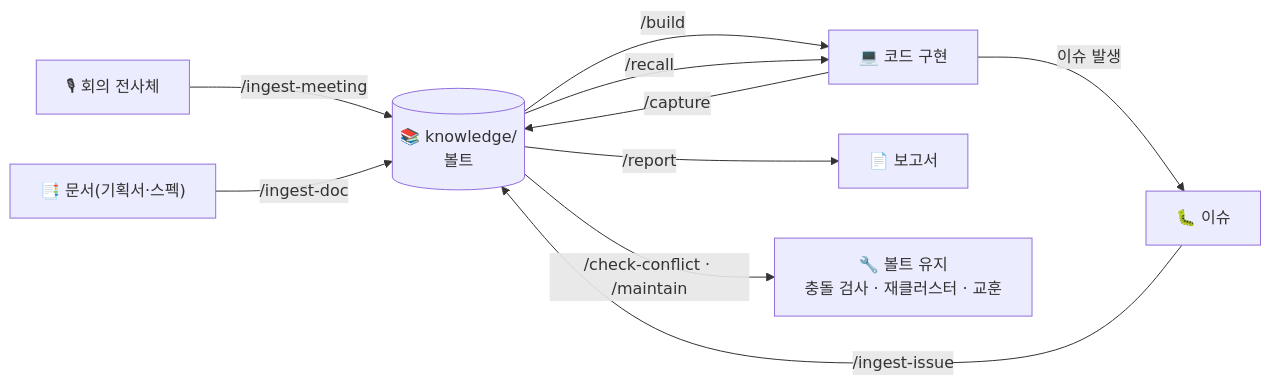
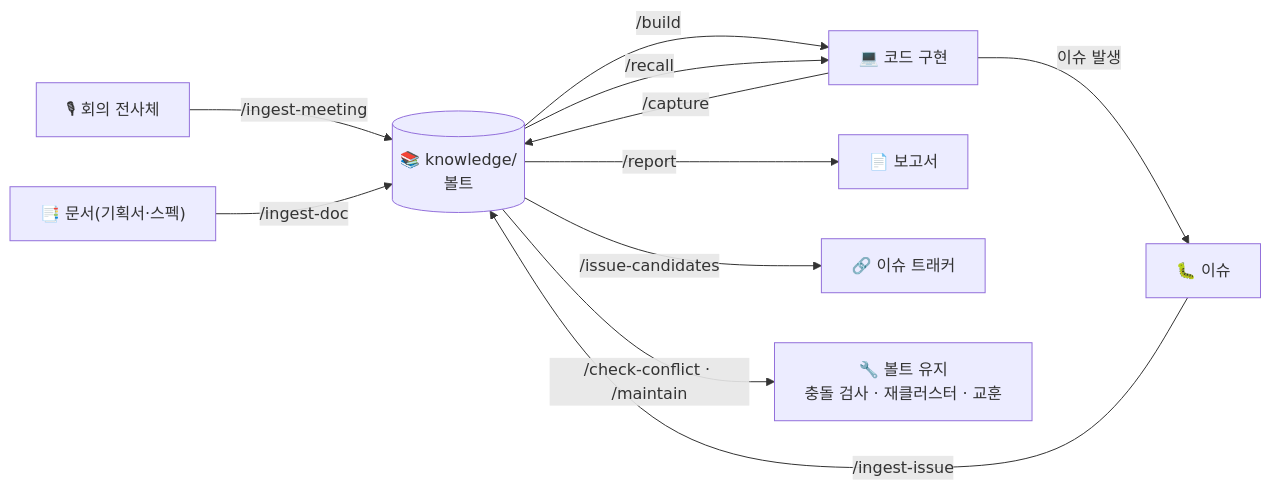
Before and after one commit to EM-H20/second-brain-template: the fourth of 4 diagrams in README.md, drawn with Mermaid. The commit also changed other lines of this file and 11 other files, not shown here.

````diff
--- a/README.md
+++ b/README.md
@@ -996,12 +1053,13 @@
 ```mermaid
 flowchart LR
     A["🎙 회의 전사체"] -->|"/ingest-meeting"| V[("📚 knowledge/<br/>볼트")]
     V -->|"/build"| C["💻 코드 구현"]
     C -->|"이슈 발생"| I["🐛 이슈"]
     I -->|"/ingest-issue"| V
     V -->|"/report"| R["📄 보고서"]
+    V -->|"/issue-candidates"| G["🔗 이슈 트래커"]
     D2["📑 문서(기획서·스펙)"] -->|"/ingest-doc"| V
     V -->|"/check-conflict · /maintain"| M["🔧 볼트 유지<br/>충돌 검사 · 재클러스터 · 교훈"]
     C -->|"/capture"| V
     V -->|"/recall"| C
 ```
````
